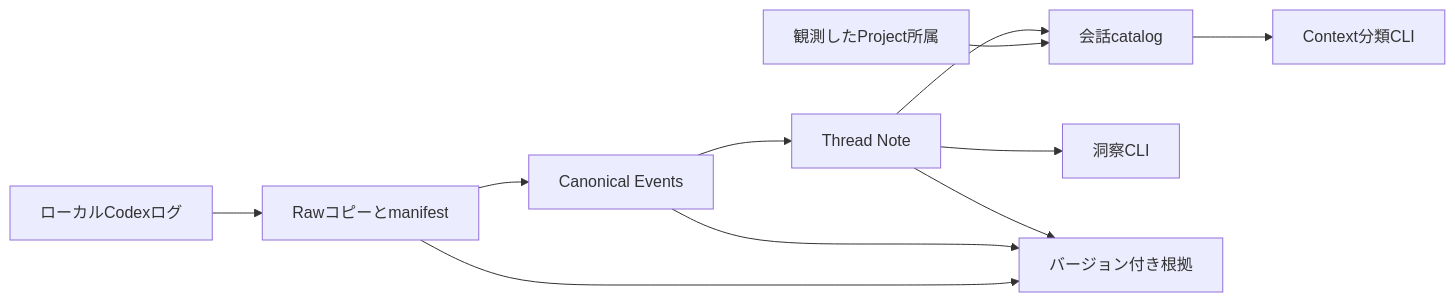
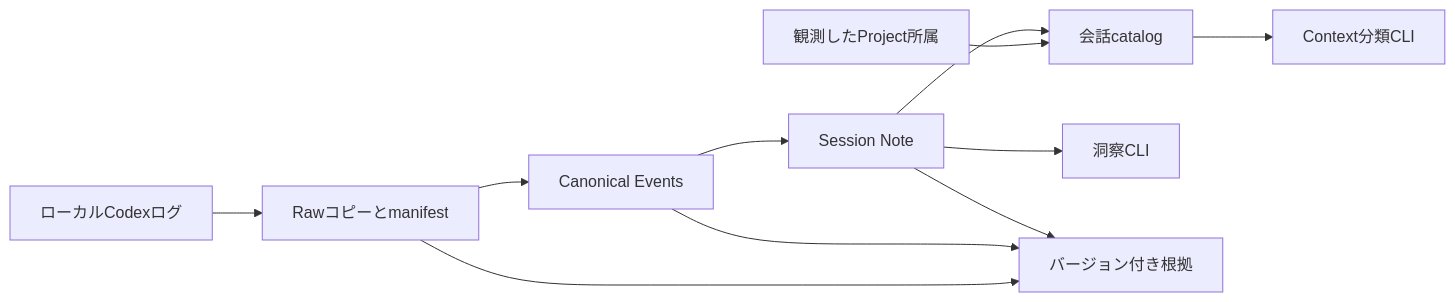
Before and after one commit to tuckn/tkn_codex_chat_note_pipeline: the diagram in README_ja.md, drawn with Mermaid. The commit also changed other lines of this file and 34 other files, not shown here.

```diff
--- a/README_ja.md
+++ b/README_ja.md
@@ -160,13 +163,13 @@
 ~~~mermaid
 flowchart LR
     L["ローカルCodexログ"] --> R["Rawコピーとmanifest"]
     R --> E["Canonical Events"]
-    E --> T["Thread Note"]
+    E --> T["Session Note"]
     M["観測したProject所属"] --> C["会話catalog"]
     T --> C
     C --> U["Context分類CLI"]
     T --> I["洞察CLI"]
     R --> P["バージョン付き根拠"]
     E --> P
     T --> P
 ~~~
```
